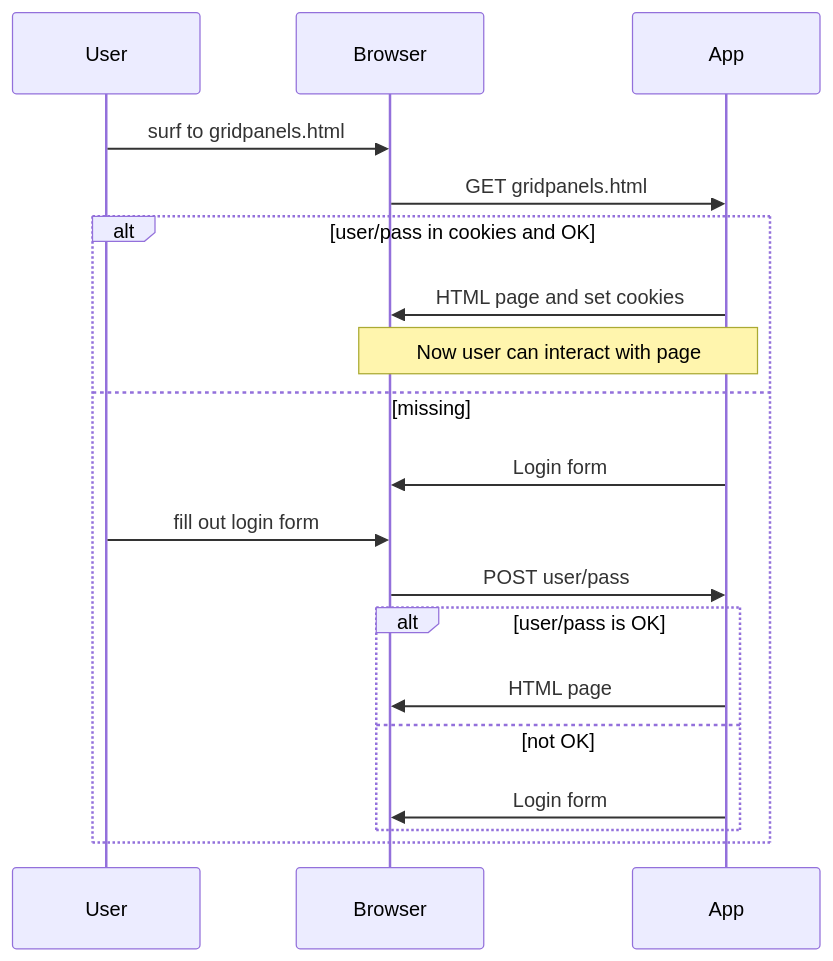
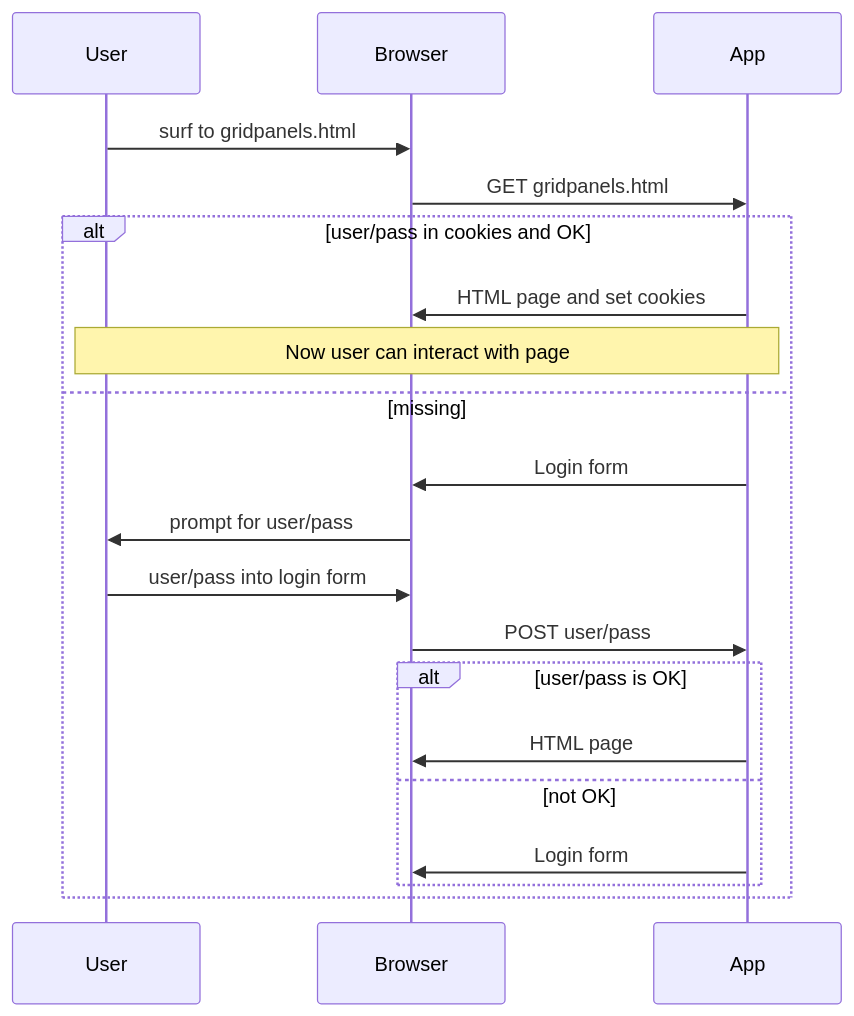
The second of 3 diagrams in git.md (skannea/balder), drawn with Mermaid before and after one commit. The commit also changed other lines of this file, not shown here.

First line of the commit message:
Tog bort details för diagrammen

````diff
--- a/git.md
+++ b/git.md
@@ -76,22 +45,23 @@
 ```mermaid
 sequenceDiagram
     participant User
     participant Browser
     participant App
 
     User->>Browser: surf to gridpanels.html
     Browser->>App: GET gridpanels.html 
     alt user/pass in cookies and OK
         App->>Browser: HTML page and set cookies
-        Note over App,Browser: Now user can interact with page
+        Note over App,User: Now user can interact with page
     else missing
         App->>Browser: Login form
-        User->>Browser: fill out login form
+        Browser->>User: prompt for user/pass
+        User->>Browser: user/pass into login form
         Browser->>App: POST user/pass 
         alt user/pass is OK
             App->>Browser: HTML page
         else not OK
             App->>Browser: Login form
         end
     end    
  ```
````
